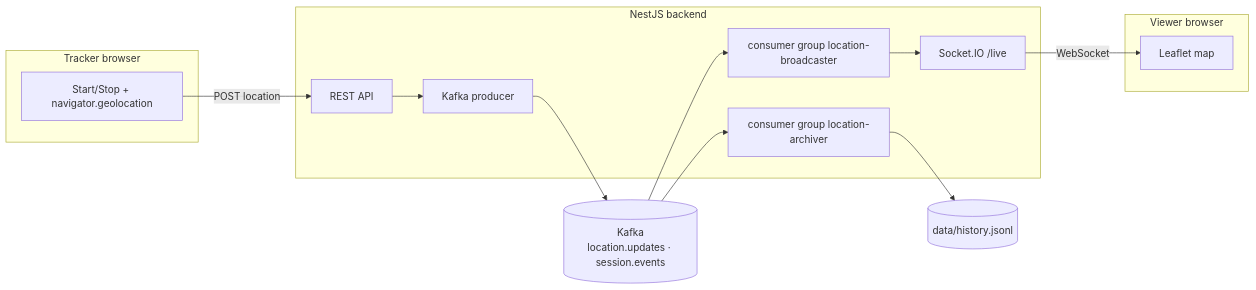
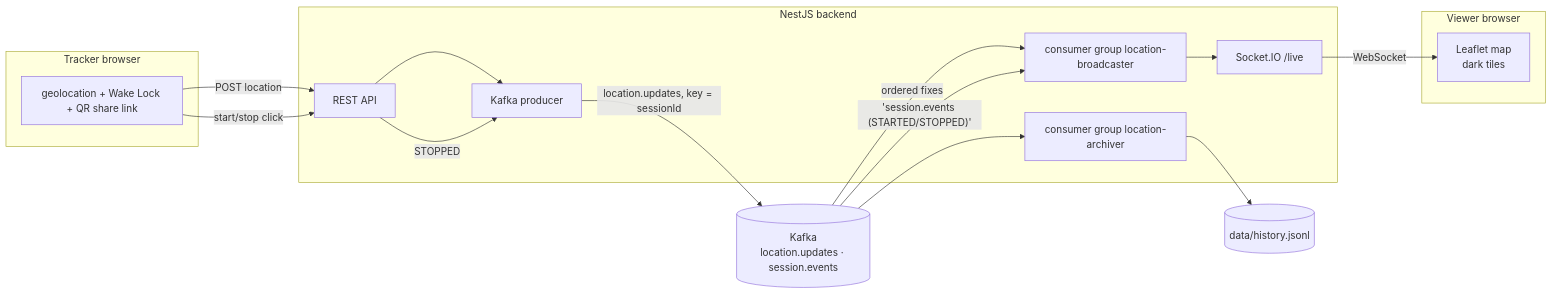
Before and after one commit to ehabAbdelMawla/kafka-live-tracker: the diagram in README.md, drawn with Mermaid. The commit also changed other lines of this file, not shown here.

Commit message:
docs: bring architecture diagram up to date (session.events flow, Wake Lock, QR, dark tiles)

````diff
--- a/README.md
+++ b/README.md
@@ -12,21 +12,23 @@
 ```mermaid
 flowchart LR
     subgraph Tracker[Tracker browser]
-        A[Start/Stop + navigator.geolocation]
+        A[geolocation + Wake Lock + QR share link]
     end
     subgraph Backend[NestJS backend]
         B[REST API]
         P[Kafka producer]
         C1[consumer group location-broadcaster]
         C2[consumer group location-archiver]
         G[Socket.IO /live]
     end
     K[(Kafka<br/>location.updates · session.events)]
     subgraph Viewer[Viewer browser]
-        V[Leaflet map]
+        V[Leaflet map<br/>dark tiles]
     end
 
-    A -- POST location --> B --> P --> K
-    K --> C1 --> G -- WebSocket --> V
+    A -- POST location --> B --> P -- location.updates, key = sessionId --> K
+    A -- start/stop click --> B -- STOPPED --> P
+    K -- ordered fixes --> C1 --> G -- WebSocket --> V
+    K -- 'session.events (STARTED/STOPPED)' --> C1
     K --> C2 --> F[(data/history.jsonl)]
 ```
````
